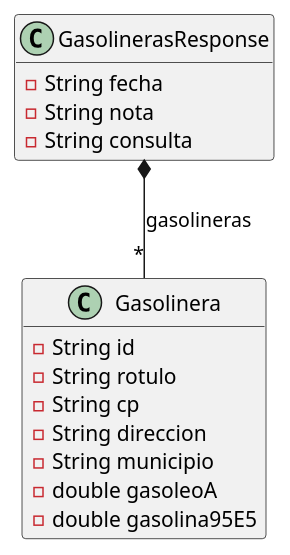
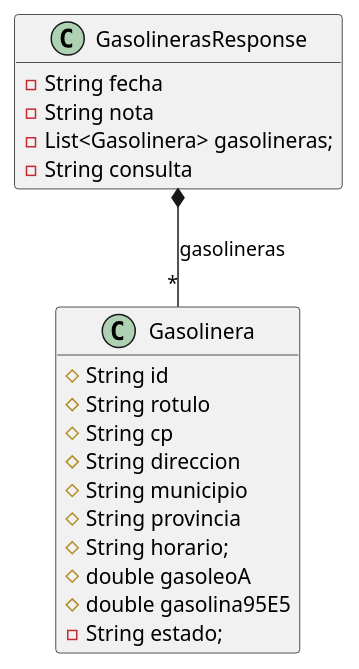
The diagram in Docs/Models/domain.puml (isunican/App-Gasolineras-Grupo5), drawn with PlantUML before and after one commit. The commit also changed 1 other file, not shown here.

```diff
--- a/Docs/Models/domain.puml
+++ b/Docs/Models/domain.puml
@@ -1,23 +1,27 @@
 @startuml
 
 hide empty members
 
 class Gasolinera {
-    - String id
-    - String rotulo
-    - String cp
-    - String direccion
-    - String municipio
-    - double gasoleoA
-    - double gasolina95E5
+    # String id
+    # String rotulo
+    # String cp
+    # String direccion
+    # String municipio
+    # String provincia
+    # String horario;
+    # double gasoleoA
+    # double gasolina95E5
+    - String estado;
 }
 
 class GasolinerasResponse {
     - String fecha
     - String nota
+    - List<Gasolinera> gasolineras;
     - String consulta
 }
 
 GasolinerasResponse *-- "*" Gasolinera : gasolineras
 
 @enduml
```
